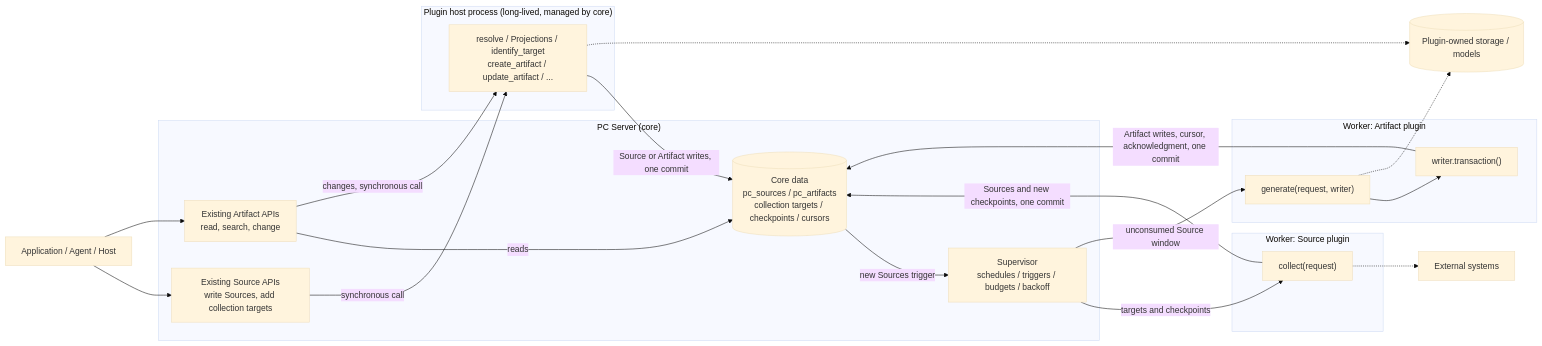
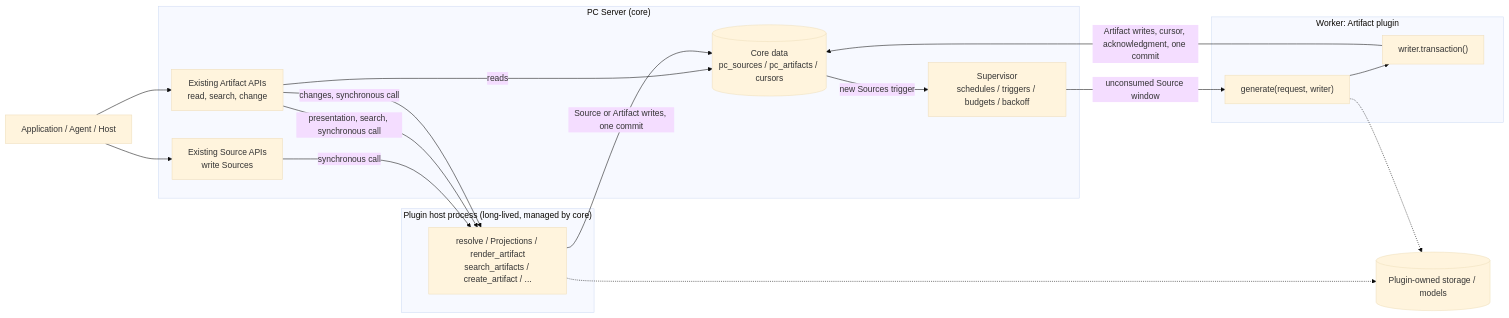
The diagram in docs/en/rfcs/2549-plugin-interfaces.md (oceanbase/powercontext), drawn with Mermaid (base theme) before and after one commit. The commit also changed other lines of this file and 1 other file, not shown here.

First line of the commit message:
docs(rfc): keep the plugin interfaces RFC to Artifact plugins and their own Source types

````diff
--- a/docs/en/rfcs/2549-plugin-interfaces.md
+++ b/docs/en/rfcs/2549-plugin-interfaces.md
@@ -110,35 +105,30 @@
 ```mermaid
 flowchart LR
     Caller["Application / Agent / Host"]
     subgraph Server["PC Server (core)"]
-        SourceAPI["Existing Source APIs<br/>write Sources, add collection targets"]
+        SourceAPI["Existing Source APIs<br/>write Sources"]
         ArtifactAPI["Existing Artifact APIs<br/>read, search, change"]
         Sup["Supervisor<br/>schedules / triggers / budgets / backoff"]
-        Core[("Core data<br/>pc_sources / pc_artifacts<br/>collection targets / checkpoints / cursors")]
+        Core[("Core data<br/>pc_sources / pc_artifacts / cursors")]
     end
     subgraph Host["Plugin host process (long-lived, managed by core)"]
-        Sync["resolve / Projections / identify_target<br/>create_artifact / update_artifact / ..."]
-    end
-    subgraph SW["Worker: Source plugin"]
-        Collect["collect(request)"]
+        Sync["resolve / Projections / render_artifact<br/>search_artifacts / create_artifact / ..."]
     end
     subgraph AW["Worker: Artifact plugin"]
         Generate["generate(request, writer)"]
         Tx["writer.transaction()"]
         Generate --> Tx
     end
     Caller --> SourceAPI
     Caller --> ArtifactAPI
     SourceAPI -->|"synchronous call"| Sync
     ArtifactAPI -->|"reads"| Core
+    ArtifactAPI -->|"presentation, search, synchronous call"| Sync
     ArtifactAPI -->|"changes, synchronous call"| Sync
     Sync -->|"Source or Artifact writes, one commit"| Core
     Sync -.-> Own
-    Sup -->|"targets and checkpoints"| Collect
-    Collect -->|"Sources and new checkpoints, one commit"| Core
     Core -->|"new Sources trigger"| Sup
     Sup -->|"unconsumed Source window"| Generate
     Tx -->|"Artifact writes, cursor, acknowledgment, one commit"| Core
-    Collect -.-> Ext["External systems"]
     Generate -.-> Own[("Plugin-owned storage / models")]
 ```
````
